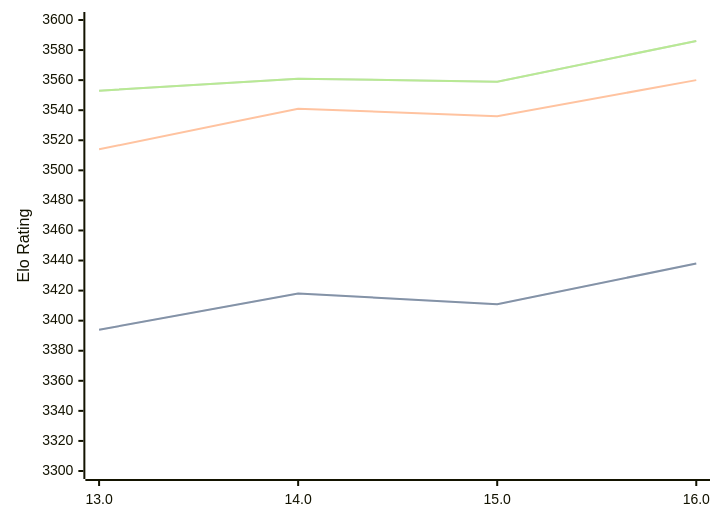
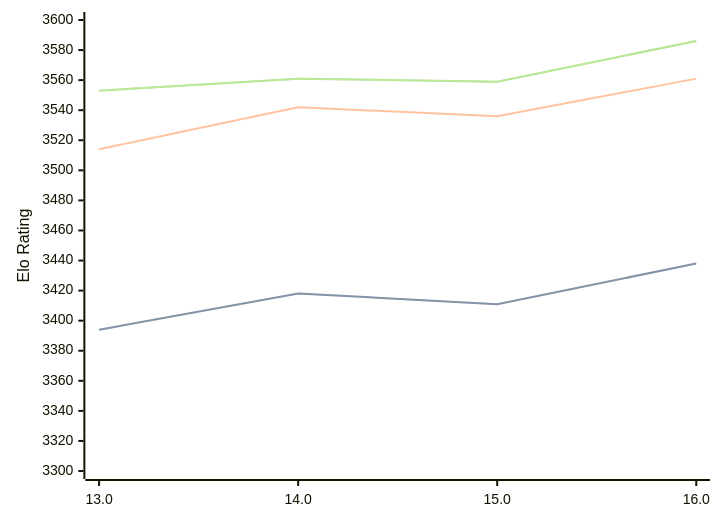
Before and after one commit to computer-chess-index/cci: the diagram in engines/Obsidian.md, drawn with Mermaid. The commit also changed other lines of this file, not shown here.

````diff
--- a/engines/Obsidian.md
+++ b/engines/Obsidian.md
@@ -34,11 +34,11 @@
 ```mermaid
 %%{init: {"theme":"base","themeVariables":{"seriesColors:['#a3a3a3','#222221','#faa371']}}}%%
 xychart-beta
   x-axis ["13.0", "14.0", "15.0", "16.0"]
   y-axis "Elo Rating" 3300 --> 3600
   line "" [3394, 3418, 3411, 3438]
   line "STC (8.0+0.08s)" [3394, 3418, 3411, 3438]
-  line "LTC (60.0+0.60s)" [3514, 3541, 3536, 3560]
+  line "LTC (60.0+0.60s)" [3514, 3542, 3536, 3561]
   line "" [3553, 3561, 3559, 3586]
   line "VLTC (2m24s+1.12s)" [3553, 3561, 3559, 3586]
 ```
````
